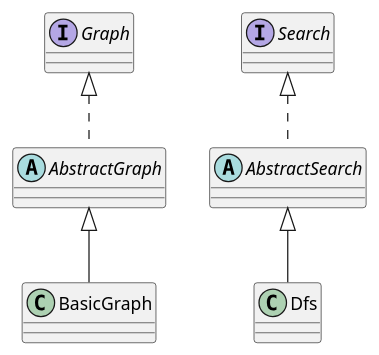
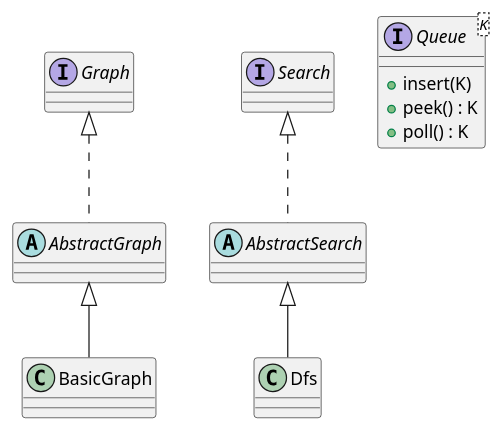
One commit to s3lvatico/dd.algs changed the diagram in src/main/resources/org/gmnz/ddi/algs/graph3/class_diagram.puml. Above: the diagram before and after it, drawn with PlantUML. The commit also changed 2 other files, not shown here.

```diff
--- a/src/main/resources/org/gmnz/ddi/algs/graph3/class_diagram.puml
+++ b/src/main/resources/org/gmnz/ddi/algs/graph3/class_diagram.puml
@@ -1,14 +1,19 @@
 @startuml package_class_diagram
 interface Graph
 interface Search
+interface Queue<K>  {
+    + insert(K)
+    + peek() : K
+    + poll() : K
+}
 abstract class AbstractGraph
 abstract class AbstractSearch
 class BasicGraph
 class Dfs
 
 Graph  <|.. AbstractGraph
 AbstractGraph <|-- BasicGraph
 Search <|.. AbstractSearch
 AbstractSearch  <|-- Dfs
 
 @enduml
```
